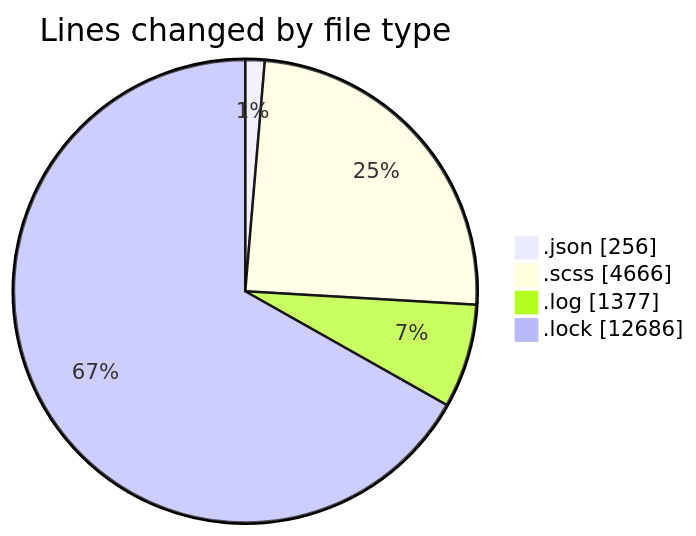
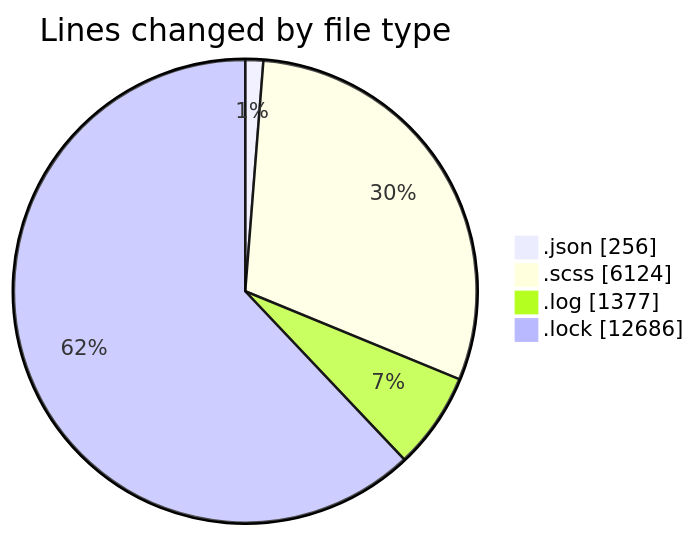
Before and after one commit to momahboobian/code-tracking: the first of 2 diagrams in 2026-01-22/cda/README.md, drawn with Mermaid. The commit also changed other lines of this file and 1 other file, not shown here.

````diff
--- a/2026-01-22/cda/README.md
+++ b/2026-01-22/cda/README.md
@@ -60,8 +70,8 @@
 ```mermaid
 pie showData
 title Lines changed by file type
 ".json" : 256
-".scss" : 4666
+".scss" : 6124
 ".log" : 1377
 ".lock" : 12686
 ```
````
